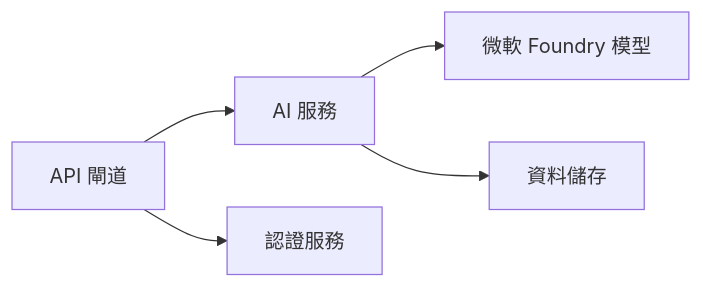
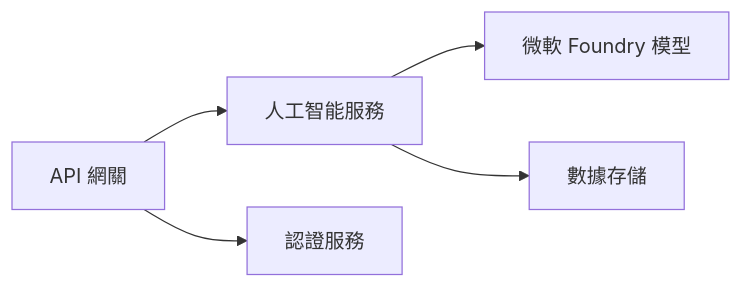
Before and after one commit to microsoft/AZD-for-beginners: the first of 2 diagrams in translations/zh-MO/docs/chapter-08-production/README.md, drawn with Mermaid. The commit also changed other lines of this file and 61 other files, not shown here.

````diff
--- a/translations/zh-MO/docs/chapter-08-production/README.md
+++ b/translations/zh-MO/docs/chapter-08-production/README.md
@@ -48,6 +48,6 @@
 ```mermaid
 graph LR
-    Gateway[API 閘道] --> AI[AI 服務] --> Models[微軟 Foundry 模型]
+    Gateway[API 網關] --> AI[人工智能服務] --> Models[微軟 Foundry 模型]
     Gateway --> Auth[認證服務]
-    AI --> Data[資料儲存]
+    AI --> Data[數據存儲]
 ```
````
